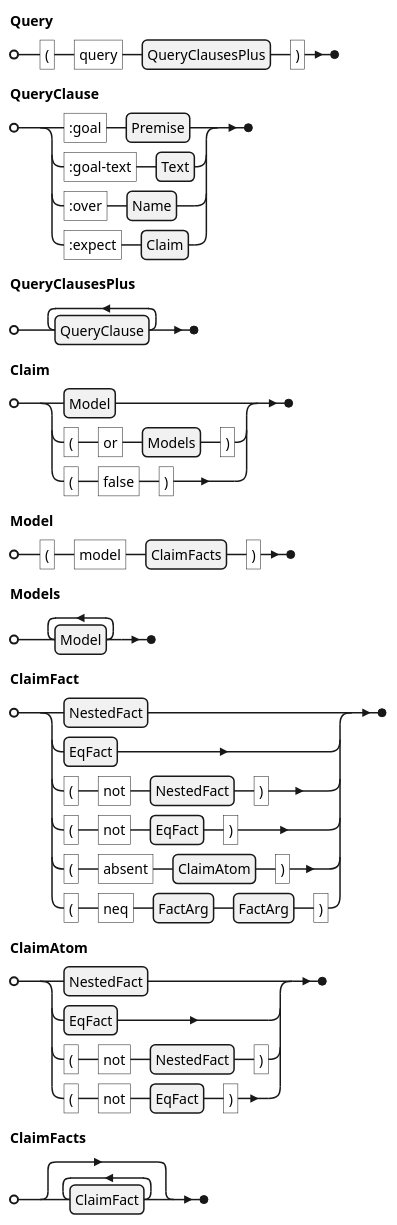
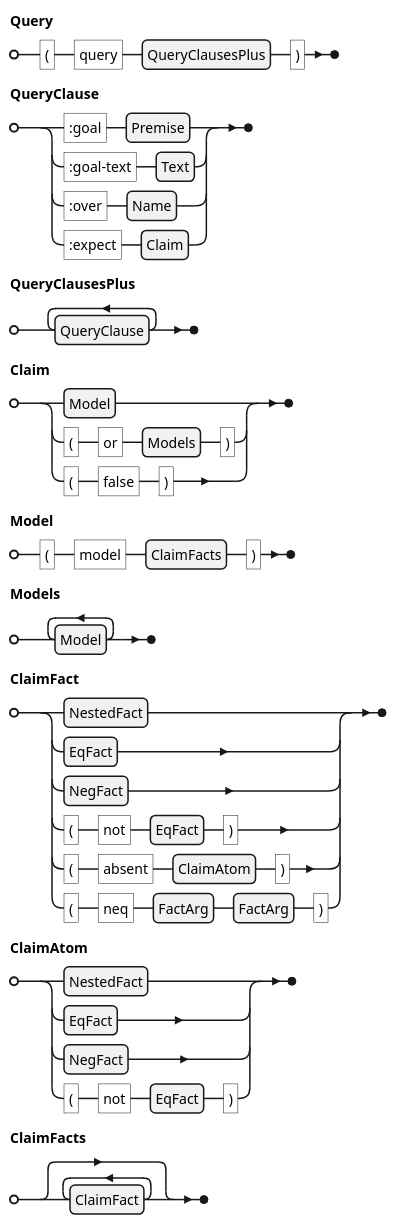
One commit to agutikov/ein changed the diagram in docs/ein/user/04-reference/diagrams/01-grammar-phrase-query.puml. Above: the diagram before and after it, drawn with PlantUML. The commit also changed 45 other files, not shown here.

```diff
--- a/docs/ein/user/04-reference/diagrams/01-grammar-phrase-query.puml
+++ b/docs/ein/user/04-reference/diagrams/01-grammar-phrase-query.puml
@@ -1,17 +1,17 @@
 @startebnf
 Query = "(" , "query" , QueryClausesPlus , ")" ;
 QueryClause = ":goal" , Premise | ":goal-text" , Text | ":over" , Name | ":expect" , Claim ;
 QueryClausesPlus = { QueryClause }- ;
 Claim = Model | "(" , "or" , Models , ")" | "(" , "false" , ")" ;
 Model = "(" , "model" , ClaimFacts , ")" ;
 Models = { Model }- ;
 ClaimFact =
     NestedFact
   | EqFact
-  | "(" , "not" , NestedFact , ")"
+  | NegFact
   | "(" , "not" , EqFact , ")"
   | "(" , "absent" , ClaimAtom , ")"
   | "(" , "neq" , FactArg , FactArg , ")" ;
-ClaimAtom = NestedFact | EqFact | "(" , "not" , NestedFact , ")" | "(" , "not" , EqFact , ")" ;
+ClaimAtom = NestedFact | EqFact | NegFact | "(" , "not" , EqFact , ")" ;
 ClaimFacts = { ClaimFact } ;
 @endebnf
```
